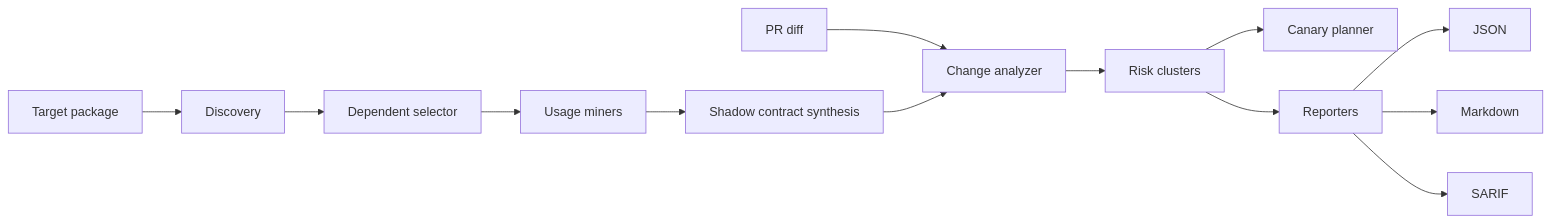
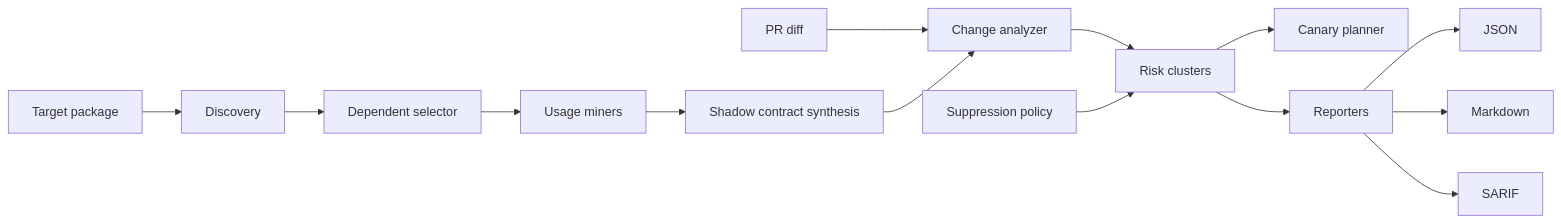
One commit to BoSuY0/HyrumGuard changed the diagram in docs/reference/architecture.md. Above: the diagram before and after it, drawn with Mermaid. The commit also changed other lines of this file and 15 other files, not shown here.

````diff
--- a/docs/reference/architecture.md
+++ b/docs/reference/architecture.md
@@ -7,15 +7,16 @@
 ```mermaid
 flowchart LR
     A[Target package] --> B[Discovery]
     B --> C[Dependent selector]
     C --> D[Usage miners]
     D --> E[Shadow contract synthesis]
     F[PR diff] --> G[Change analyzer]
     E --> G
     G --> H[Risk clusters]
+    K[Suppression policy] --> H
     H --> I[Canary planner]
     H --> J[Reporters]
     J --> J1[JSON]
     J --> J2[Markdown]
     J --> J3[SARIF]
 ```
````
